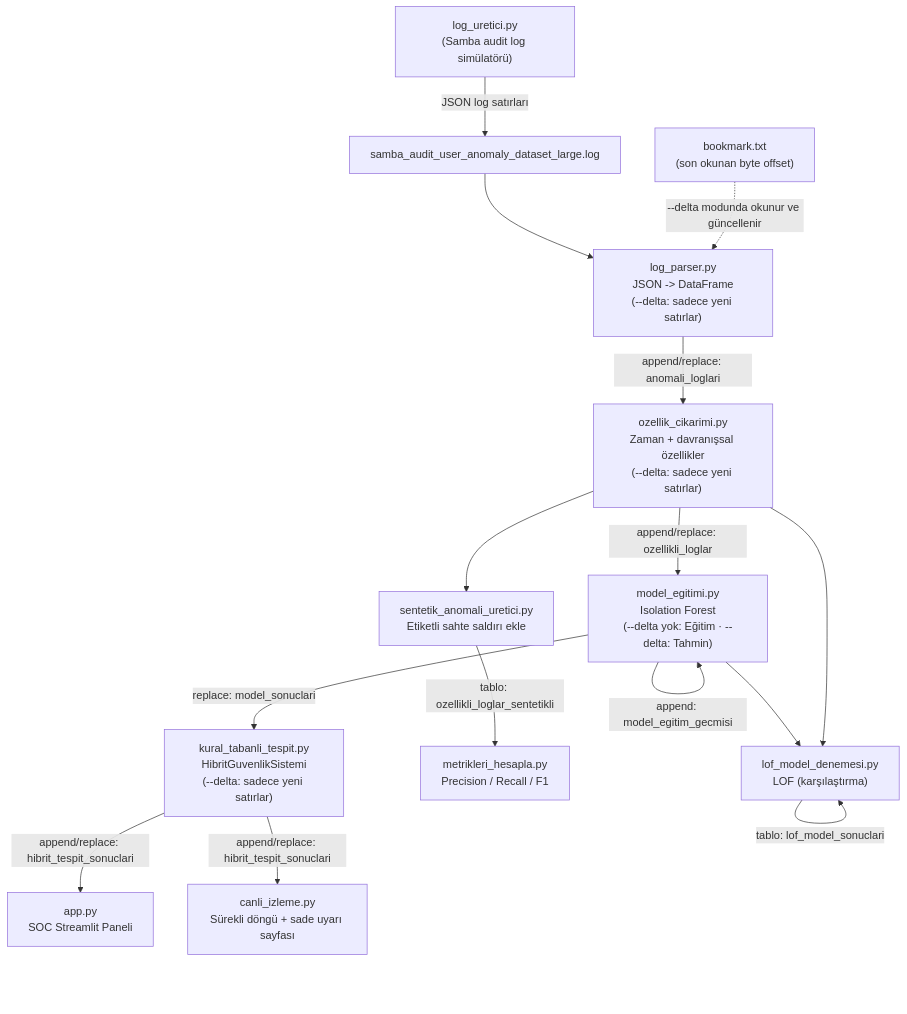
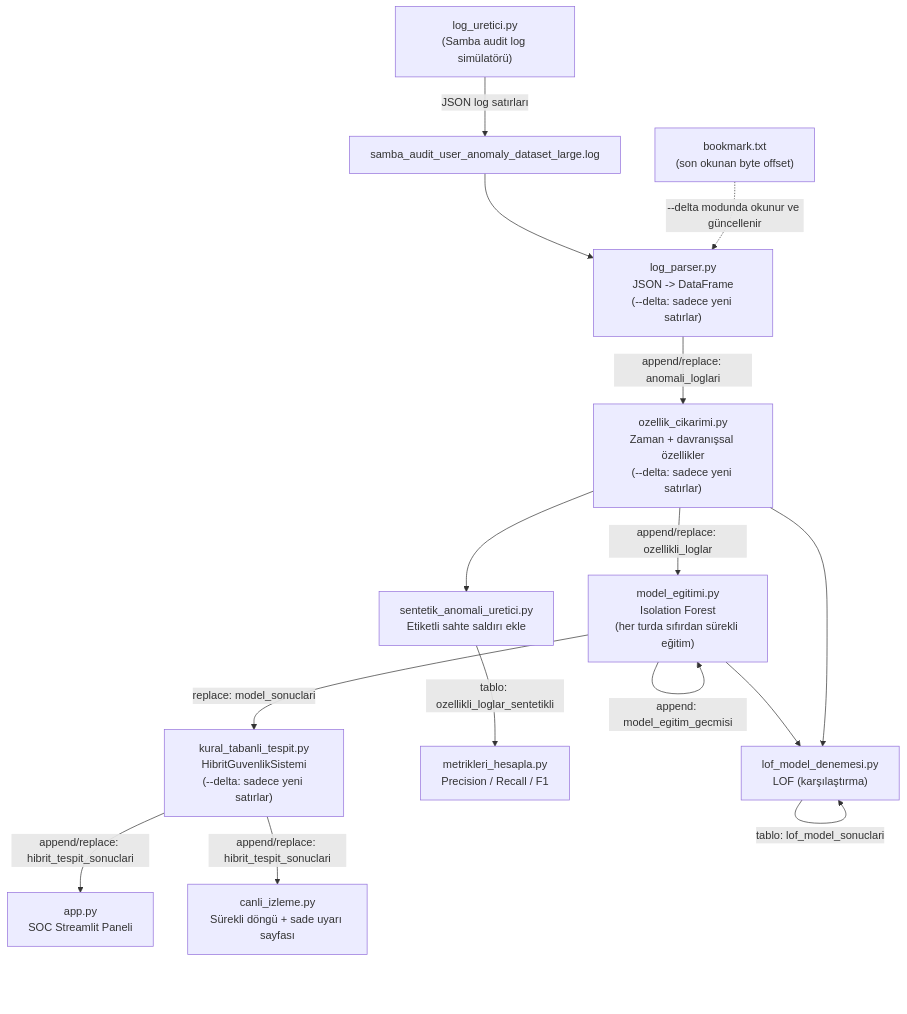
The diagram in README.md (dila0704/Anomali_Tespit), drawn with Mermaid before and after one commit. The commit also changed other lines of this file and 5 other files, not shown here.

````diff
--- a/README.md
+++ b/README.md
@@ -40,19 +40,19 @@
 ```mermaid
 flowchart TD
     A["log_uretici.py\n(Samba audit log simülatörü)"] -->|"JSON log satırları"| B["samba_audit_user_anomaly_dataset_large.log"]
     BM["bookmark.txt\n(son okunan byte offset)"] -.->|"--delta modunda okunur ve güncellenir"| C
     B --> C["log_parser.py\nJSON -> DataFrame\n(--delta: sadece yeni satırlar)"]
     C -->|"append/replace: anomali_loglari"| D["ozellik_cikarimi.py\nZaman + davranışsal özellikler\n(--delta: sadece yeni satırlar)"]
-    D -->|"append/replace: ozellikli_loglar"| E["model_egitimi.py\nIsolation Forest\n(--delta yok: Eğitim · --delta: Tahmin)"]
+    D -->|"append/replace: ozellikli_loglar"| E["model_egitimi.py\nIsolation Forest\n(her turda sıfırdan sürekli eğitim)"]
     E -->|"replace: model_sonuclari"| F["kural_tabanli_tespit.py\nHibritGuvenlikSistemi\n(--delta: sadece yeni satırlar)"]
     F -->|"append/replace: hibrit_tespit_sonuclari"| G["app.py\nSOC Streamlit Paneli"]
     F -->|"append/replace: hibrit_tespit_sonuclari"| G2["canli_izleme.py\nSürekli döngü + sade uyarı sayfası"]
     E -->|"append: model_egitim_gecmisi"| E
 
     D --> H["lof_model_denemesi.py\nLOF (karşılaştırma)"]
     E --> H
     H -->|"tablo: lof_model_sonuclari"| H
 
     D --> I["sentetik_anomali_uretici.py\nEtiketli sahte saldırı ekle"]
     I -->|"tablo: ozellikli_loglar_sentetikli"| J["metrikleri_hesapla.py\nPrecision / Recall / F1"]
 ```
````
